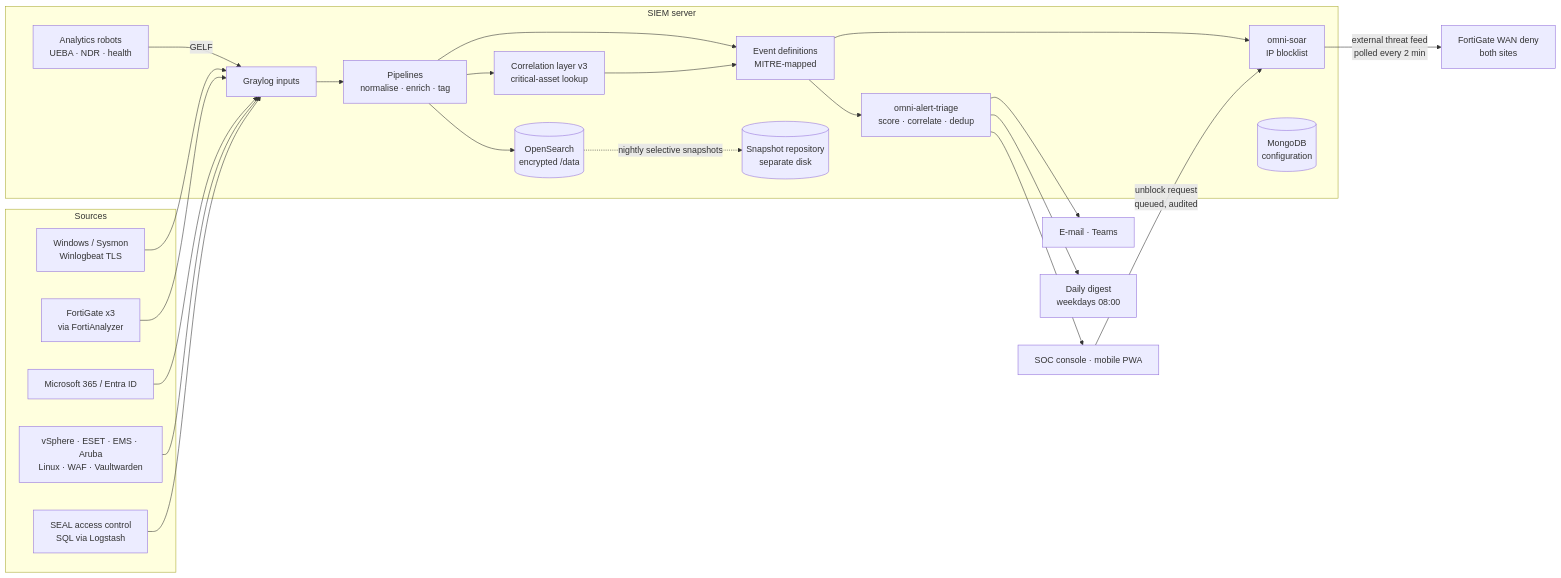
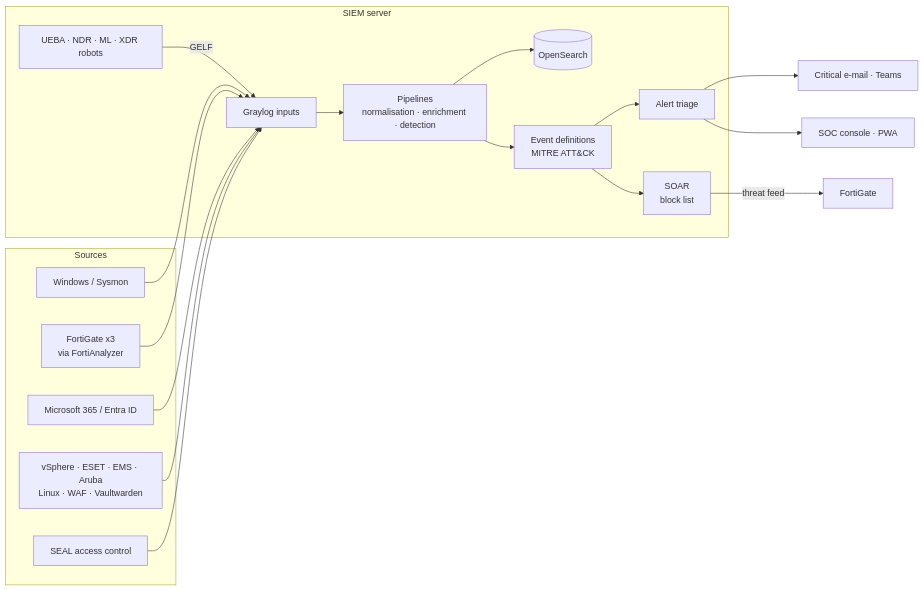
One commit to jmorin-info/omnitech-siem-setup changed the diagram in README.md. Above: the diagram before and after it, drawn with Mermaid. The commit also changed other lines of this file, not shown here.

````diff
--- a/README.md
+++ b/README.md
@@ -95,32 +80,26 @@
 ```mermaid
 flowchart LR
   subgraph Sources
-    WIN[Windows / Sysmon<br/>Winlogbeat TLS]
+    WIN[Windows / Sysmon]
     FGT[FortiGate x3<br/>via FortiAnalyzer]
     M365[Microsoft 365 / Entra ID]
     OTH[vSphere · ESET · EMS · Aruba<br/>Linux · WAF · Vaultwarden]
-    SEAL[SEAL access control<br/>SQL via Logstash]
+    SEAL[SEAL access control]
   end
-  subgraph SIEM[SIEM server]
-    IN[Graylog inputs] --> PIPE[Pipelines<br/>normalise · enrich · tag]
-    PIPE --> V3[Correlation layer v3<br/>critical-asset lookup]
-    PIPE --> OS[(OpenSearch<br/>encrypted /data)]
-    PIPE --> DEF[Event definitions<br/>MITRE-mapped]
-    V3 --> DEF
-    OS -.->|nightly selective snapshots| SNAP[(Snapshot repository<br/>separate disk)]
-    ROB[Analytics robots<br/>UEBA · NDR · health] -->|GELF| IN
-    DEF --> TRI[omni-alert-triage<br/>score · correlate · dedup]
-    DEF --> SOAR[omni-soar<br/>IP blocklist]
-    MDB[(MongoDB<br/>configuration)]
+  subgraph Server[SIEM server]
+    IN[Graylog inputs] --> PIPE[Pipelines<br/>normalisation · enrichment · detection]
+    PIPE --> OS[(OpenSearch)]
+    PIPE --> DEF[Event definitions<br/>MITRE ATT&CK]
+    ROB[UEBA · NDR · ML · XDR robots] -->|GELF| IN
+    DEF --> TRI[Alert triage]
+    DEF --> SOAR[SOAR<br/>block list]
   end
   WIN --> IN
   FGT --> IN
   M365 --> IN
   OTH --> IN
   SEAL --> IN
-  TRI --> MAIL[E-mail · Teams]
-  TRI --> CON[SOC console · mobile PWA]
-  TRI --> DIG[Daily digest<br/>weekdays 08:00]
-  SOAR -->|external threat feed<br/>polled every 2 min| FW[FortiGate WAN deny<br/>both sites]
-  CON -->|unblock request<br/>queued, audited| SOAR
+  TRI --> NOTIF[Critical e-mail · Teams]
+  TRI --> CON[SOC console · PWA]
+  SOAR -->|threat feed| FW[FortiGate]
 ```
````
